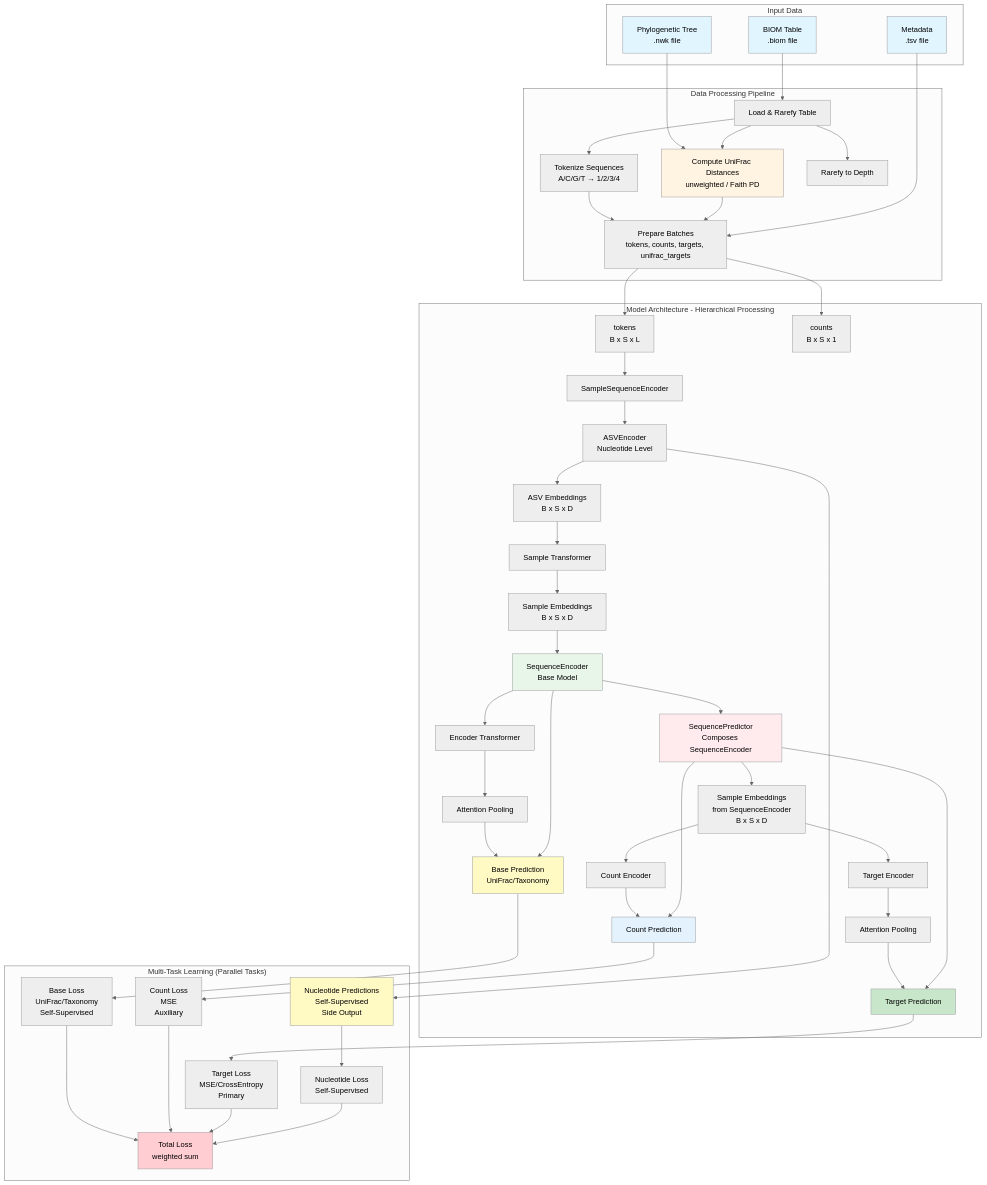
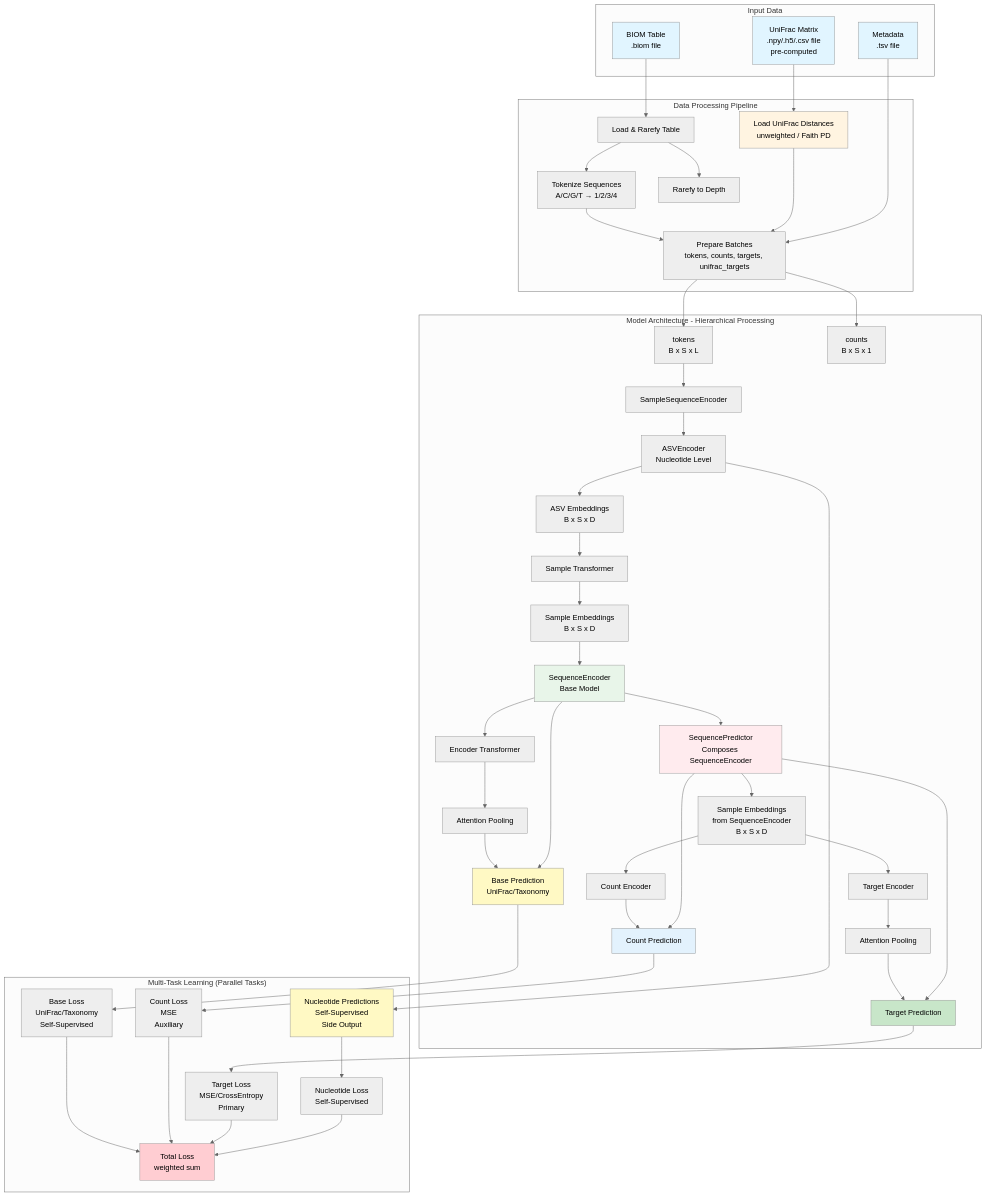
One commit to jbk708/aam changed the diagram in ARCHITECTURE.md. Above: the diagram before and after it, drawn with Mermaid (neutral theme). The commit also changed other lines of this file and 1 other file, not shown here.

First line of the commit message:
docs: Update README and ARCHITECTURE for cleanup changes

````diff
--- a/ARCHITECTURE.md
+++ b/ARCHITECTURE.md
@@ -19,73 +19,72 @@
 ```mermaid
 graph TB
     subgraph "Input Data"
         BIOM[BIOM Table<br/>.biom file]
-        PHYLO[Phylogenetic Tree<br/>.nwk file]
+        UNIFRAC_FILE[UniFrac Matrix<br/>.npy/.h5/.csv file<br/>pre-computed]
         META[Metadata<br/>.tsv file]
     end
-    
+
     subgraph "Data Processing Pipeline"
         BIOM --> LOAD[Load & Rarefy Table]
-        PHYLO --> UNIFRAC[Compute UniFrac Distances<br/>unweighted / Faith PD]
-        LOAD --> UNIFRAC
+        UNIFRAC_FILE --> UNIFRAC[Load UniFrac Distances<br/>unweighted / Faith PD]
         LOAD --> TOKENIZE[Tokenize Sequences<br/>A/C/G/T → 1/2/3/4]
         LOAD --> RAREFY[Rarefy to Depth]
         TOKENIZE --> PREPARE[Prepare Batches<br/>tokens, counts, targets, unifrac_targets]
         UNIFRAC --> PREPARE
         META --> PREPARE
     end
     
     subgraph "Model Architecture - Hierarchical Processing"
         PREPARE --> TOKENS[tokens<br/>B x S x L]
         PREPARE --> COUNTS[counts<br/>B x S x 1]
         
         TOKENS --> SAMPLE[SampleSequenceEncoder]
         SAMPLE --> ASV_ENC[ASVEncoder<br/>Nucleotide Level]
         ASV_ENC --> ASV_EMB[ASV Embeddings<br/>B x S x D]
         ASV_EMB --> SAMPLE_TRANS[Sample Transformer]
         SAMPLE_TRANS --> SAMPLE_EMB[Sample Embeddings<br/>B x S x D]
         
         SAMPLE_EMB --> SEQ_ENC[SequenceEncoder<br/>Base Model]
         SEQ_ENC --> ENC_TRANS[Encoder Transformer]
         ENC_TRANS --> ENC_POOL[Attention Pooling]
         ENC_POOL --> BASE_PRED[Base Prediction<br/>UniFrac/Taxonomy]
         
         SEQ_ENC --> SEQ_PRED[SequencePredictor<br/>Composes SequenceEncoder]
         SEQ_PRED --> SAMPLE_EMB_REG[Sample Embeddings<br/>from SequenceEncoder<br/>B x S x D]
         SAMPLE_EMB_REG --> COUNT_ENC[Count Encoder]
         SAMPLE_EMB_REG --> TARGET_ENC[Target Encoder]
         COUNT_ENC --> COUNT_PRED[Count Prediction]
         TARGET_ENC --> TARGET_POOL[Attention Pooling]
         TARGET_POOL --> TARGET_PRED[Target Prediction]
     end
     
     subgraph "Multi-Task Learning (Parallel Tasks)"
         SEQ_ENC --> BASE_PRED
         SEQ_PRED --> COUNT_PRED
         SEQ_PRED --> TARGET_PRED
         ASV_ENC --> NUC_PRED[Nucleotide Predictions<br/>Self-Supervised<br/>Side Output]
         
         BASE_PRED --> LOSS1[Base Loss<br/>UniFrac/Taxonomy<br/>Self-Supervised]
         COUNT_PRED --> LOSS2[Count Loss<br/>MSE<br/>Auxiliary]
         TARGET_PRED --> LOSS3[Target Loss<br/>MSE/CrossEntropy<br/>Primary]
         NUC_PRED --> LOSS4[Nucleotide Loss<br/>Self-Supervised]
         
         LOSS1 --> TOTAL[Total Loss<br/>weighted sum]
         LOSS2 --> TOTAL
         LOSS3 --> TOTAL
         LOSS4 --> TOTAL
         
         style BASE_PRED fill:#fff9c4
         style NUC_PRED fill:#fff9c4
         style COUNT_PRED fill:#e3f2fd
         style TARGET_PRED fill:#c8e6c9
     end
     
     style BIOM fill:#e1f5ff
-    style PHYLO fill:#e1f5ff
+    style UNIFRAC_FILE fill:#e1f5ff
     style META fill:#e1f5ff
     style UNIFRAC fill:#fff4e1
     style SEQ_ENC fill:#e8f5e9
     style SEQ_PRED fill:#ffebee
     style TOTAL fill:#ffcdd2
 ```
````
